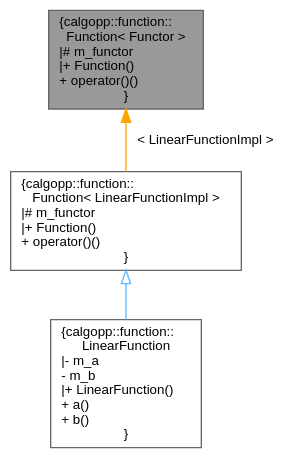
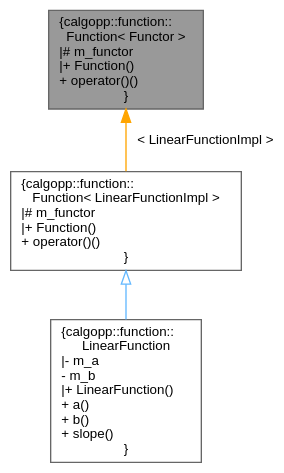
The diagram in classcalgopp_1_1function_1_1Function__inherit__graph.dot (pawelekg95/algopp), drawn with Graphviz before and after one commit. The commit also changed 31 other files, not shown here.

```diff
--- a/classcalgopp_1_1function_1_1Function__inherit__graph.dot
+++ b/classcalgopp_1_1function_1_1Function__inherit__graph.dot
@@ -1,12 +1,12 @@
 digraph "calgopp::function::Function&lt; Functor &gt;"
 {
  // LATEX_PDF_SIZE
   bgcolor="transparent";
   edge [fontname=Helvetica,fontsize=10,labelfontname=Helvetica,labelfontsize=10];
   node [fontname=Helvetica,fontsize=10,shape=box,height=0.2,width=0.4];
   Node1 [label="{calgopp::function::\lFunction\< Functor \>\n|# m_functor\l|+ Function()\l+ operator()()\l}",height=0.2,width=0.4,color="gray40", fillcolor="grey60", style="filled", fontcolor="black",tooltip=" "];
   Node1 -> Node2 [dir="back",color="orange",style="solid",label=" \< LinearFunctionImpl \>" ];
   Node2 [label="{calgopp::function::\lFunction\< LinearFunctionImpl \>\n|# m_functor\l|+ Function()\l+ operator()()\l}",height=0.2,width=0.4,color="gray40", fillcolor="white", style="filled",URL="$classcalgopp_1_1function_1_1Function.html",tooltip=" "];
   Node2 -> Node3 [dir="back",color="steelblue1",style="solid",arrowtail="onormal"];
-  Node3 [label="{calgopp::function::\lLinearFunction\n|- m_a\l- m_b\l|+ LinearFunction()\l+ a()\l+ b()\l}",height=0.2,width=0.4,color="gray40", fillcolor="white", style="filled",URL="$classcalgopp_1_1function_1_1LinearFunction.html",tooltip=" "];
+  Node3 [label="{calgopp::function::\lLinearFunction\n|- m_a\l- m_b\l|+ LinearFunction()\l+ a()\l+ b()\l+ slope()\l}",height=0.2,width=0.4,color="gray40", fillcolor="white", style="filled",URL="$classcalgopp_1_1function_1_1LinearFunction.html",tooltip=" "];
 }
```
